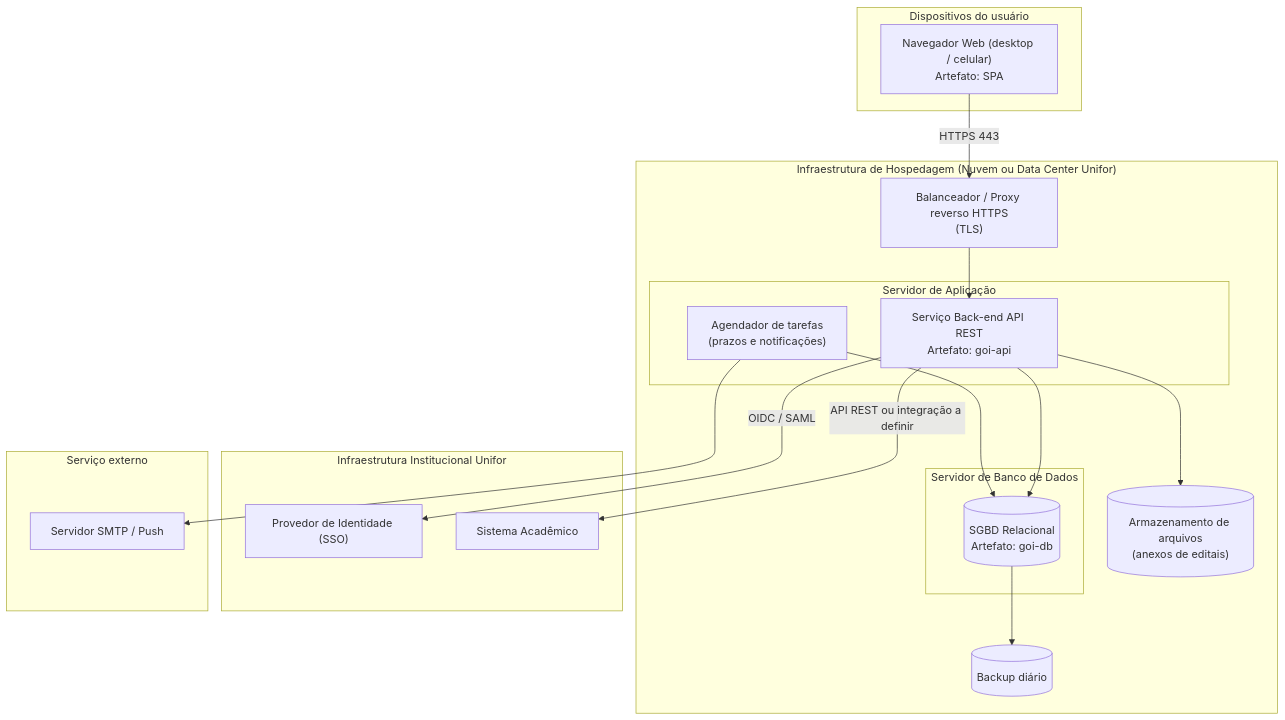
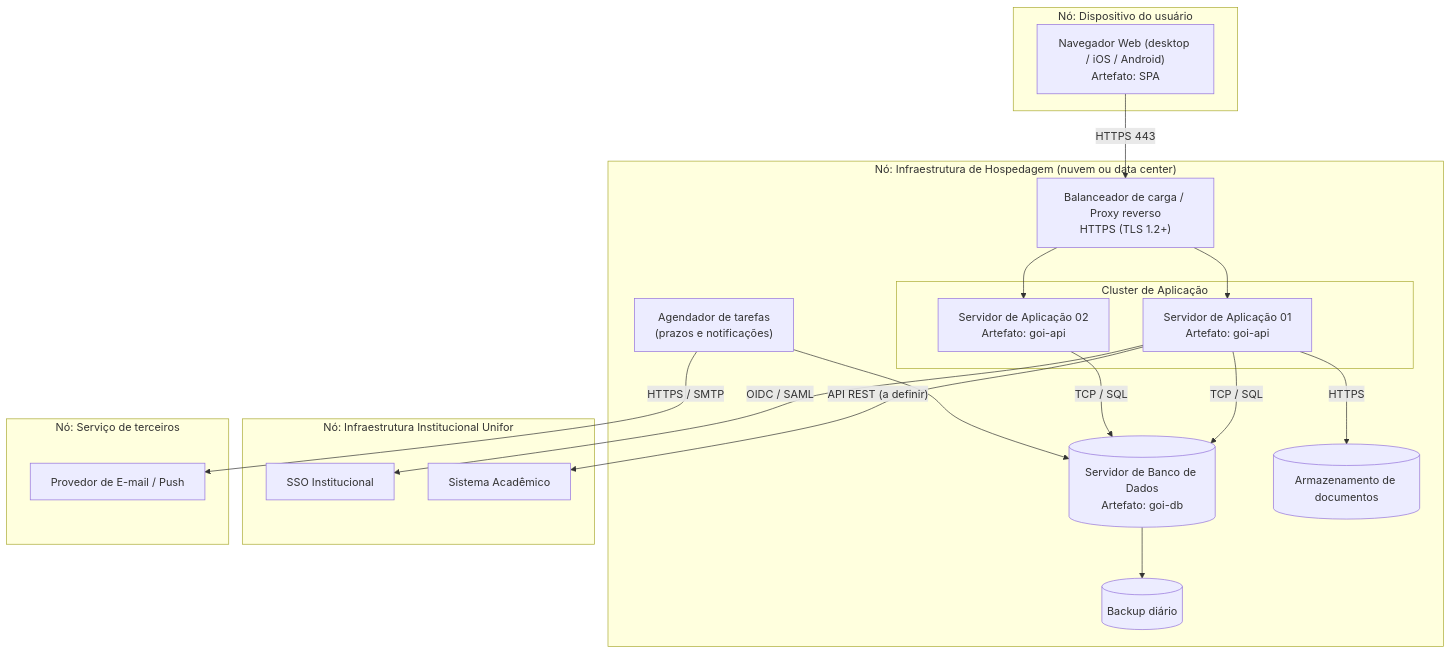
One commit to AllisonOliv/requisitos-2026.2--grupo3 changed the third of 3 diagrams in uml/diagramas.md. Above: the diagram before and after it, drawn with Mermaid. The commit also changed other lines of this file and 7 other files, not shown here.

First line of the commit message:
Versão unificada (visão, entrevistas, requisitos e UML)

````diff
--- a/uml/diagramas.md
+++ b/uml/diagramas.md
@@ -145,38 +148,39 @@
 ```mermaid
 flowchart TB
-    subgraph USR["Dispositivos do usuário"]
-        BR["Navegador Web (desktop / celular)\nArtefato: SPA"]
+    subgraph USR["Nó: Dispositivo do usuário"]
+        BR["Navegador Web (desktop / iOS / Android)<br/>Artefato: SPA"]
     end
 
-    subgraph NUV["Infraestrutura de Hospedagem (Nuvem ou Data Center Unifor)"]
-        LB["Balanceador / Proxy reverso HTTPS\n(TLS)"]
-        subgraph APPN["Servidor de Aplicação"]
-            APP["Serviço Back-end API REST\nArtefato: goi-api"]
-            JOB["Agendador de tarefas\n(prazos e notificações)"]
+    subgraph NUV["Nó: Infraestrutura de Hospedagem (nuvem ou data center)"]
+        LB["Balanceador de carga / Proxy reverso<br/>HTTPS (TLS 1.2+)"]
+        subgraph CL["Cluster de Aplicação"]
+            APP1["Servidor de Aplicação 01<br/>Artefato: goi-api"]
+            APP2["Servidor de Aplicação 02<br/>Artefato: goi-api"]
         end
-        subgraph DBN["Servidor de Banco de Dados"]
-            DBS[("SGBD Relacional\nArtefato: goi-db")]
-        end
-        STO[("Armazenamento de arquivos\n(anexos de editais)")]
+        JOB["Agendador de tarefas<br/>(prazos e notificações)"]
+        DBS[("Servidor de Banco de Dados<br/>Artefato: goi-db")]
+        STO[("Armazenamento de documentos")]
         BKP[("Backup diário")]
     end
 
-    subgraph INS["Infraestrutura Institucional Unifor"]
-        IDP["Provedor de Identidade (SSO)"]
+    subgraph INS["Nó: Infraestrutura Institucional Unifor"]
+        IDP["SSO Institucional"]
         SAC["Sistema Acadêmico"]
     end
 
-    subgraph SMTP["Serviço externo"]
-        MAIL["Servidor SMTP / Push"]
+    subgraph TER["Nó: Serviço de terceiros"]
+        MAIL["Provedor de E-mail / Push"]
     end
 
-    BR -->|HTTPS 443| LB
-    LB --> APP
-    APP --> DBS
-    APP --> STO
+    BR -->|"HTTPS 443"| LB
+    LB --> APP1
+    LB --> APP2
+    APP1 -->|"TCP / SQL"| DBS
+    APP2 -->|"TCP / SQL"| DBS
+    APP1 -->|"HTTPS"| STO
     JOB --> DBS
-    JOB --> MAIL
-    APP -->|OIDC / SAML| IDP
-    APP -->|API REST ou integração a definir| SAC
+    JOB -->|"HTTPS / SMTP"| MAIL
+    APP1 -->|"OIDC / SAML"| IDP
+    APP1 -->|"API REST (a definir)"| SAC
     DBS --> BKP
 ```
````
